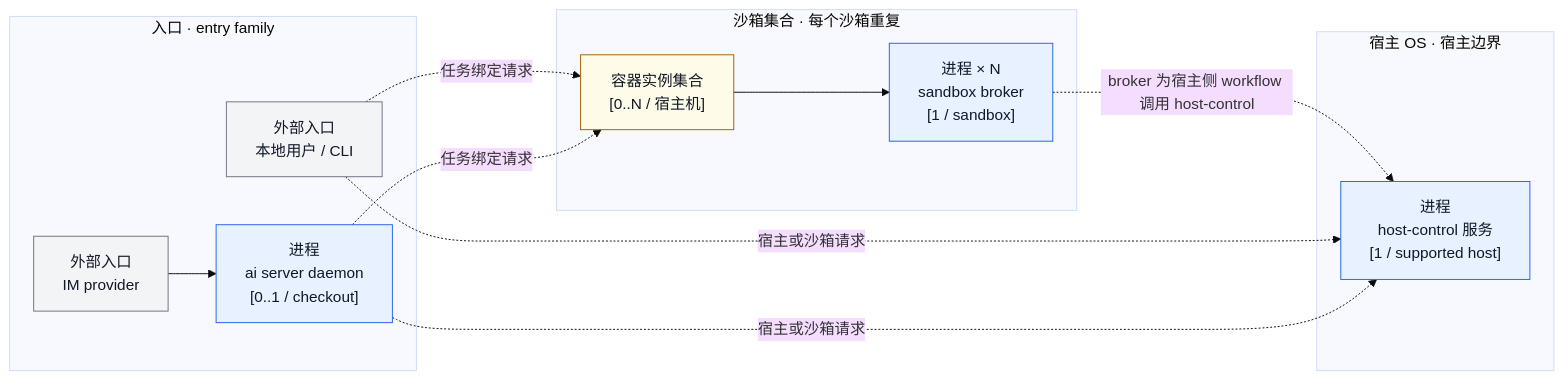
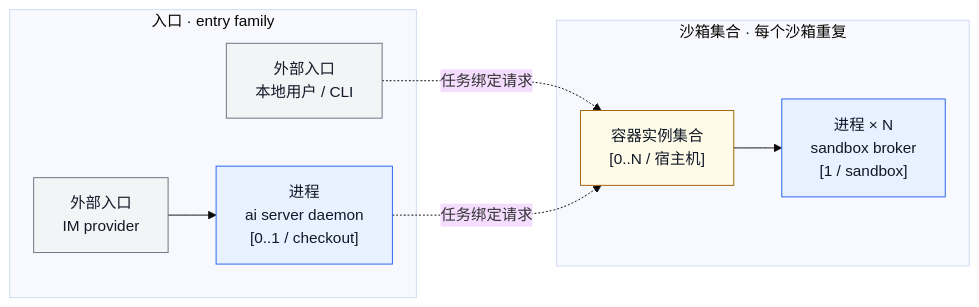
Before and after one commit to fitlab-ai/agent-infra: the second of 4 diagrams in docs/zh-CN/architecture.md, drawn with Mermaid (base theme). The commit also changed other lines of this file and 45 other files, not shown here.

First line of the commit message:
refactor(cli): 移除全局 host-control 常驻服务  (#1021)

````diff
--- a/docs/zh-CN/architecture.md
+++ b/docs/zh-CN/architecture.md
@@ -57,30 +57,22 @@
 ```mermaid
 flowchart LR
   classDef process fill:#e8f1ff,stroke:#2563eb,color:#111827;
   classDef boundary fill:#fefce8,stroke:#a16207,color:#111827;
   classDef external fill:#f3f4f6,stroke:#6b7280,color:#111827;
 
   subgraph I["入口 · entry family"]
     CLI["外部入口<br/>本地用户 / CLI"]:::external
     IM["外部入口<br/>IM provider"]:::external
     D["进程<br/>ai server daemon<br/>[0..1 / checkout]"]:::process
     IM --> D
   end
 
-  subgraph H["宿主 OS · 宿主边界"]
-    HC["进程<br/>host-control 服务<br/>[1 / supported host]"]:::process
-  end
-
   subgraph F["沙箱集合 · 每个沙箱重复"]
     C["容器实例集合<br/>[0..N / 宿主机]"]:::boundary
     B["进程 × N<br/>sandbox broker<br/>[1 / sandbox]"]:::process
     C --> B
   end
 
-  B -. "broker 为宿主侧 workflow 调用 host-control" .-> HC
-
-  CLI -. 宿主或沙箱请求 .-> HC
-  D -. 宿主或沙箱请求 .-> HC
   CLI -. 任务绑定请求 .-> C
   D -. 任务绑定请求 .-> C
 ```
````
